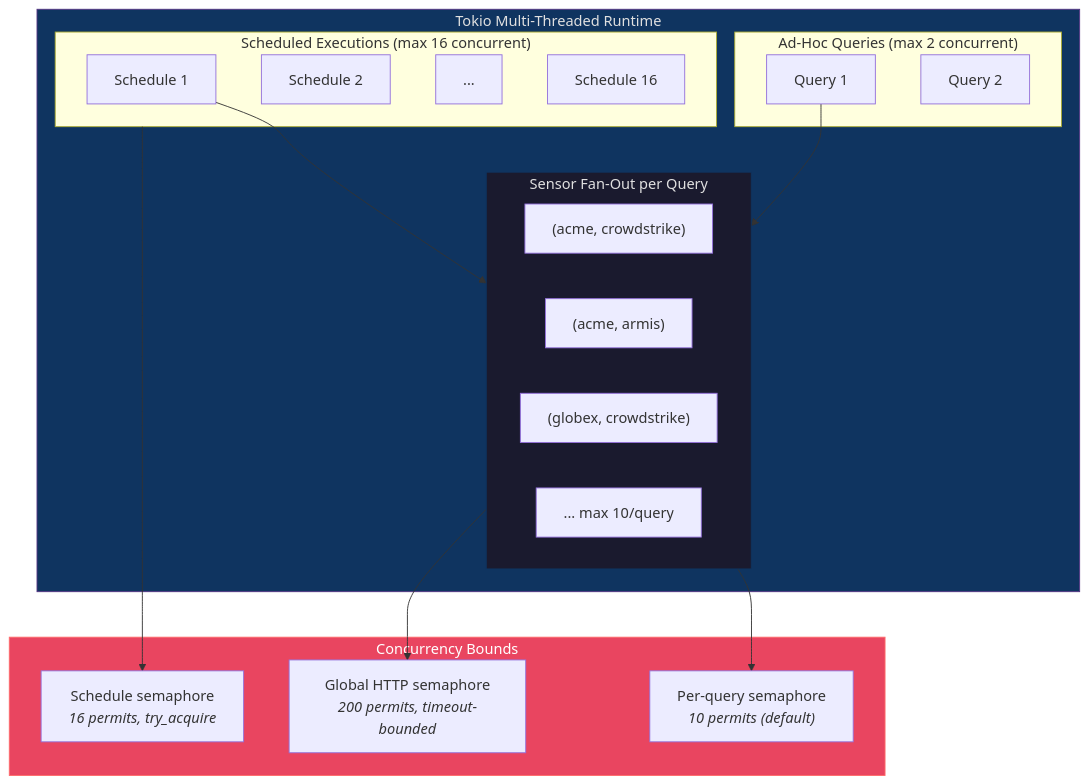
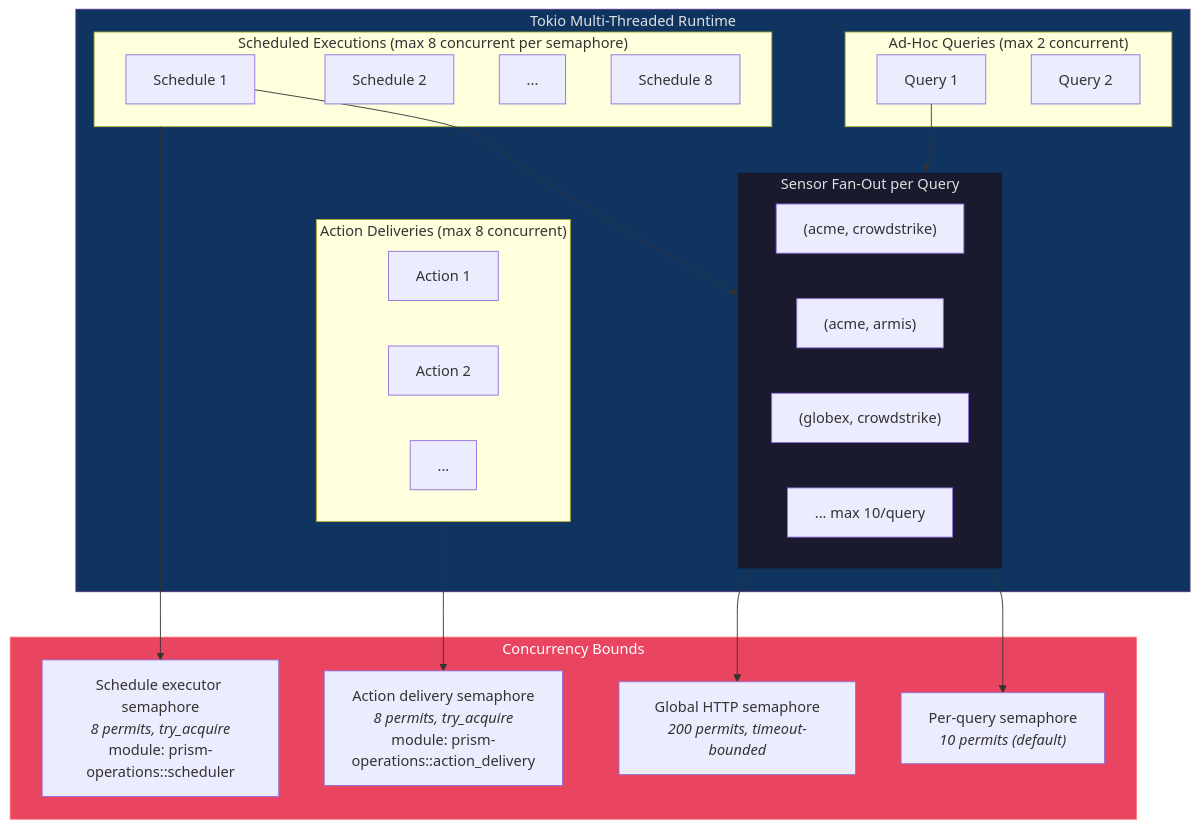
Before and after one commit to drbothen/prism: the first of 3 diagrams in specs/architecture/concurrency-architecture.md, drawn with Mermaid. The commit also changed other lines of this file and 7 other files, not shown here.

````diff
--- a/specs/architecture/concurrency-architecture.md
+++ b/specs/architecture/concurrency-architecture.md
@@ -18,39 +18,47 @@
 ```mermaid
 graph TB
     subgraph TOKIO["Tokio Multi-Threaded Runtime"]
         subgraph QUERIES["Ad-Hoc Queries (max 2 concurrent)"]
             Q1["Query 1"]
             Q2["Query 2"]
         end
 
-        subgraph SCHEDULES["Scheduled Executions (max 16 concurrent)"]
+        subgraph SCHEDULES["Scheduled Executions (max 8 concurrent per semaphore)"]
             S1["Schedule 1"]
             S2["Schedule 2"]
             S3["..."]
-            S16["Schedule 16"]
+            S8["Schedule 8"]
+        end
+
+        subgraph ACTIONS["Action Deliveries (max 8 concurrent)"]
+            A1["Action 1"]
+            A2["Action 2"]
+            AN["..."]
         end
 
         subgraph FANOUT["Sensor Fan-Out per Query"]
             F1["(acme, crowdstrike)"]
             F2["(acme, armis)"]
             F3["(globex, crowdstrike)"]
             FN["... max 10/query"]
         end
     end
 
     subgraph SEMAPHORES["Concurrency Bounds"]
         SEM_Q["Per-query semaphore<br/><i>10 permits (default)</i>"]
-        SEM_S["Schedule semaphore<br/><i>16 permits, try_acquire</i>"]
+        SEM_SE["Schedule executor semaphore<br/><i>8 permits, try_acquire</i><br/>module: prism-operations::scheduler"]
+        SEM_AD["Action delivery semaphore<br/><i>8 permits, try_acquire</i><br/>module: prism-operations::action_delivery"]
         SEM_H["Global HTTP semaphore<br/><i>200 permits, timeout-bounded</i>"]
     end
 
     Q1 --> FANOUT
     S1 --> FANOUT
     FANOUT --> SEM_Q
     FANOUT --> SEM_H
-    SCHEDULES --> SEM_S
+    SCHEDULES --> SEM_SE
+    ACTIONS --> SEM_AD
 
     style TOKIO fill:#0f3460,stroke:#533483,color:#e0e0e0
     style SEMAPHORES fill:#e94560,stroke:#ff6b6b,color:#fff
     style FANOUT fill:#1a1a2e,stroke:#0f3460,color:#e0e0e0
 ```
````
